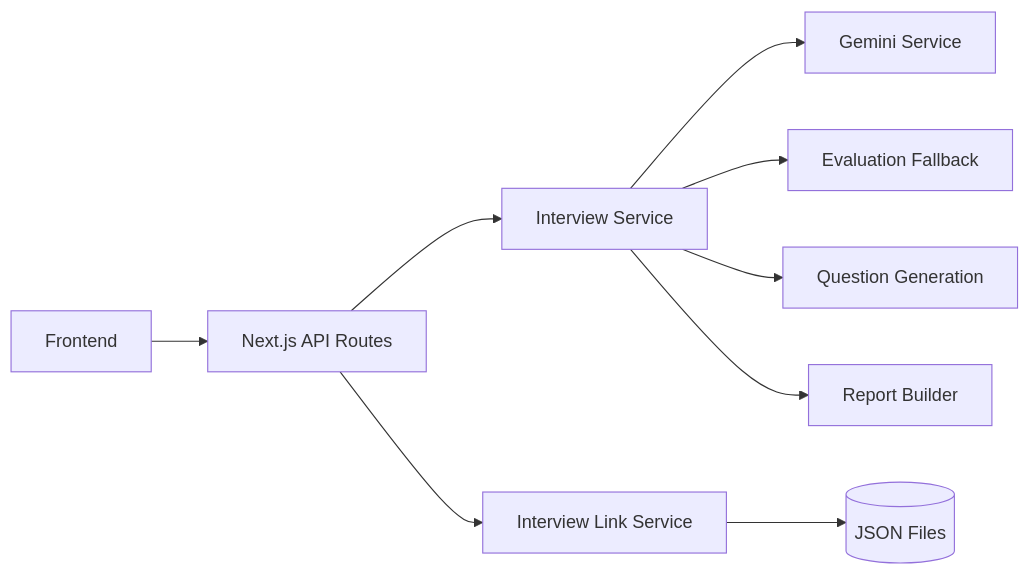
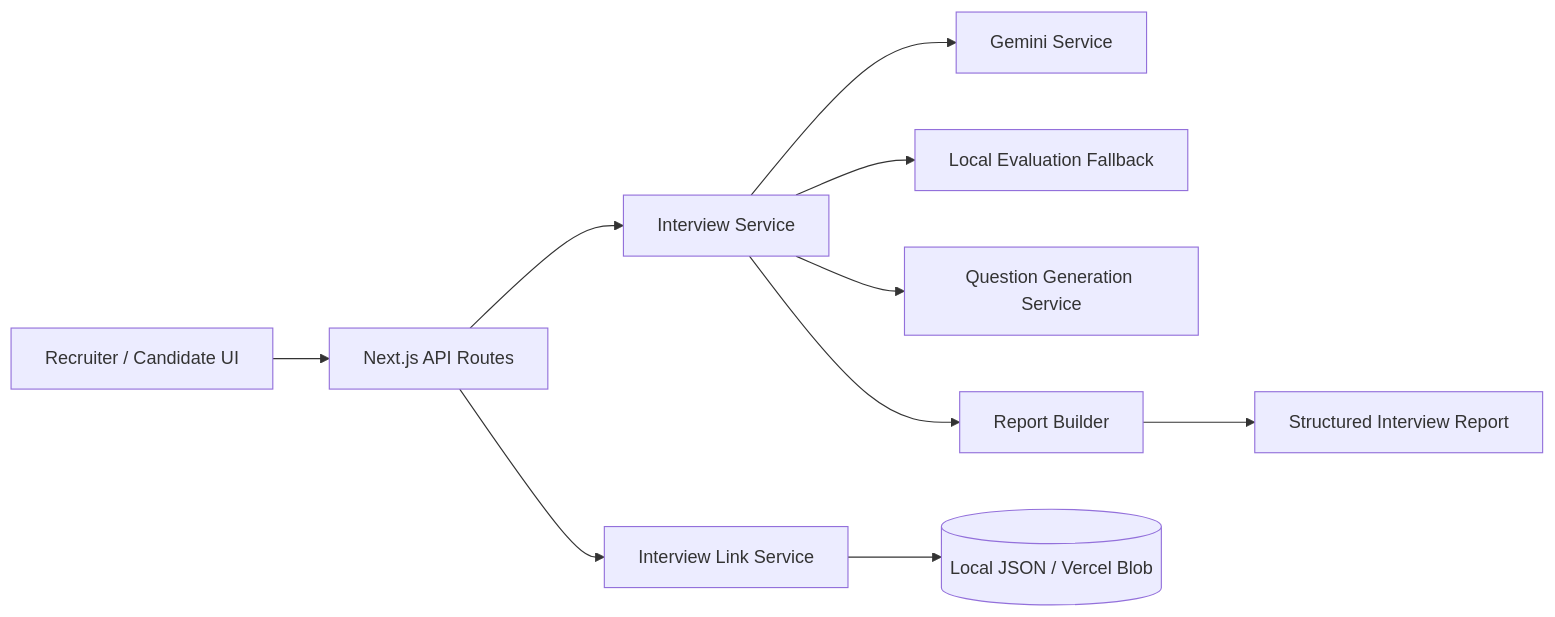
Before and after one commit to karansingh012/adaptive-ai-interview-agent: the diagram in README.md, drawn with Mermaid. The commit also changed other lines of this file and 6 other files, not shown here.

````diff
--- a/README.md
+++ b/README.md
@@ -31,11 +40,12 @@
 ```mermaid
 flowchart LR
-  A[Frontend] --> B[Next.js API Routes]
+  A[Recruiter / Candidate UI] --> B[Next.js API Routes]
   B --> C[Interview Service]
   C --> D[Gemini Service]
-  C --> E[Evaluation Fallback]
-  C --> F[Question Generation]
+  C --> E[Local Evaluation Fallback]
+  C --> F[Question Generation Service]
   B --> G[Interview Link Service]
-  G --> H[(JSON Files)]
+  G --> H[(Local JSON / Vercel Blob)]
   C --> I[Report Builder]
+  I --> J[Structured Interview Report]
 ```
````
